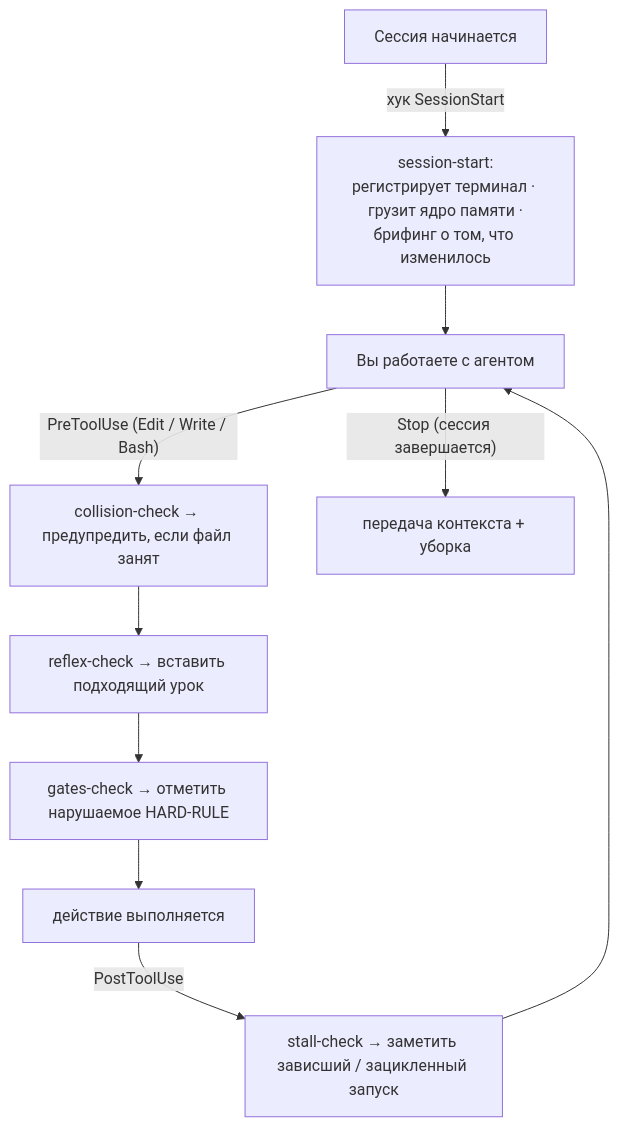
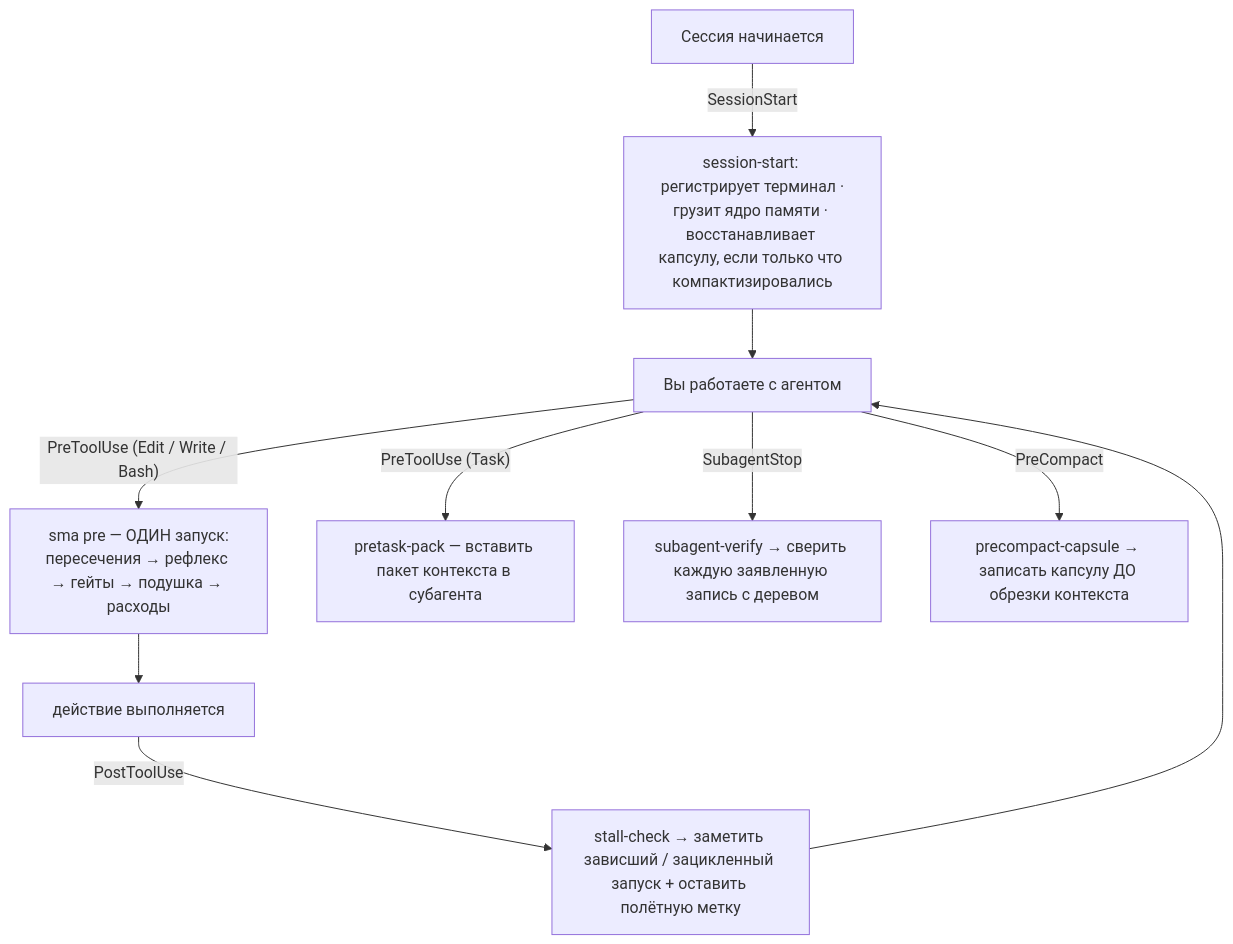
One commit to sma-framework/sma changed diagram 12 of 16 in README.ru.md. Above: the diagram before and after it, drawn with Mermaid. The commit also changed other lines of this file and 98 other files, not shown here.

````diff
--- a/README.ru.md
+++ b/README.ru.md
@@ -189,12 +410,12 @@
 ```mermaid
 flowchart TD
-    S["Сессия начинается"] -->|хук SessionStart| S1["session-start:<br>регистрирует терминал · грузит ядро памяти ·<br>брифинг о том, что изменилось"]
+    S["Сессия начинается"] -->|SessionStart| S1["session-start: регистрирует терминал ·<br>грузит ядро памяти · восстанавливает капсулу, если только что компактизировались"]
     S1 --> W["Вы работаете с агентом"]
-    W -->|"PreToolUse (Edit / Write / Bash)"| P1["collision-check → предупредить, если файл занят"]
-    P1 --> P2["reflex-check → вставить подходящий урок"]
-    P2 --> P3["gates-check → отметить нарушаемое HARD-RULE"]
-    P3 --> ACT["действие выполняется"]
-    ACT -->|PostToolUse| PO["stall-check → заметить зависший / зацикленный запуск"]
+    W -->|"PreToolUse (Edit / Write / Bash)"| P1["sma pre — ОДИН запуск:<br>пересечения → рефлекс → гейты → подушка → расходы"]
+    P1 --> ACT["действие выполняется"]
+    W -->|"PreToolUse (Task)"| PT["pretask-pack — вставить пакет контекста в субагента"]
+    ACT -->|PostToolUse| PO["stall-check → заметить зависший / зацикленный запуск + оставить полётную метку"]
+    W -->|SubagentStop| SV["subagent-verify → сверить каждую заявленную запись с деревом"]
+    W -->|PreCompact| PC["precompact-capsule → записать капсулу ДО обрезки контекста"]
     PO --> W
-    W -->|"Stop (сессия завершается)"| Z["передача контекста + уборка"]
 ```
````
